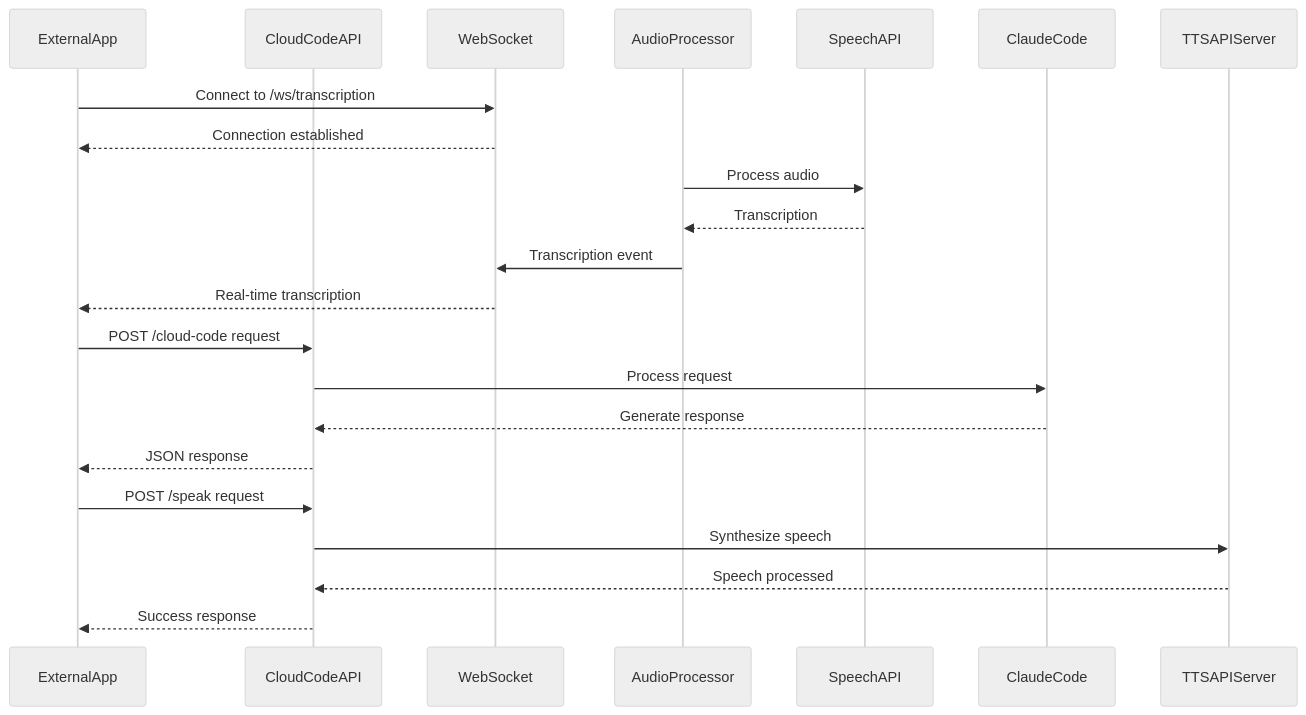
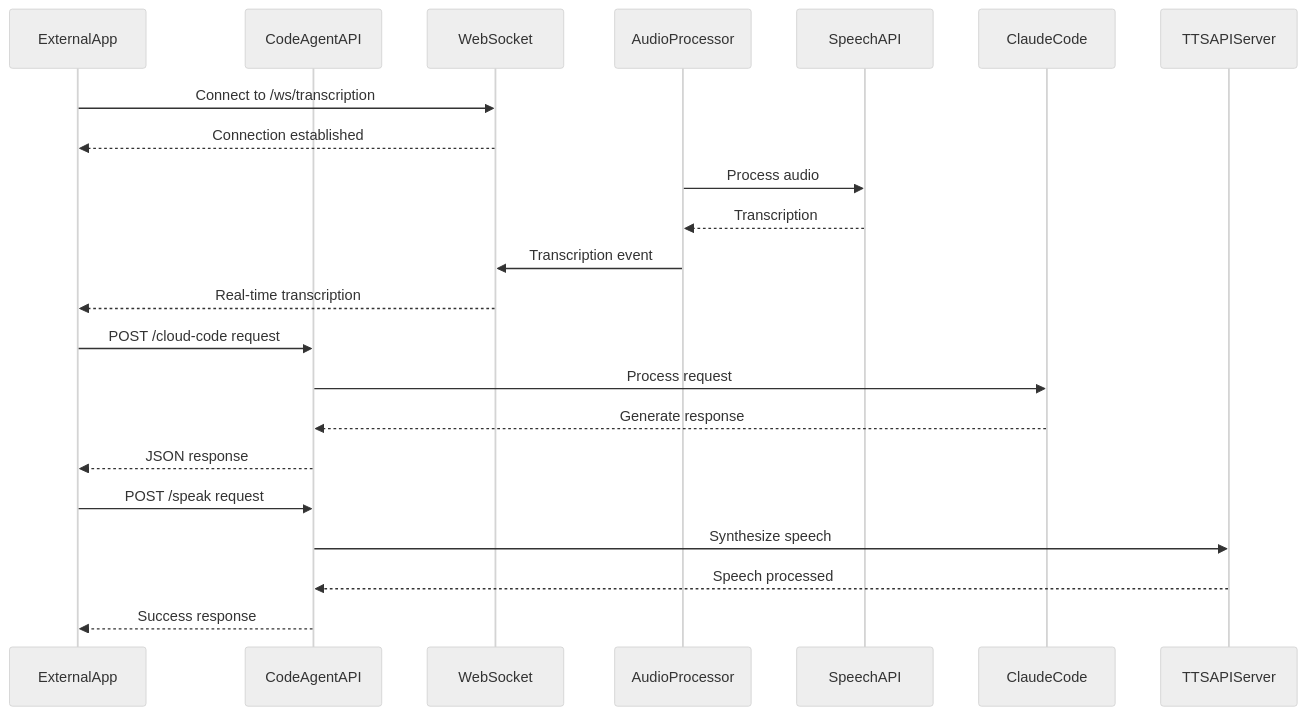
One commit to 0xrin1/whisper-yabai-mac-os-x changed the fifth of 5 diagrams in docs/ARCHITECTURE.md. Above: the diagram before and after it, drawn with Mermaid (neutral theme). The commit also changed other lines of this file and 5 other files, not shown here.

First line of the commit message:
Refactor: Rename cloud_code.py to code_agent.py

````diff
--- a/docs/ARCHITECTURE.md
+++ b/docs/ARCHITECTURE.md
@@ -221,28 +221,28 @@
 ```mermaid
 sequenceDiagram
     participant ExternalApp
-    participant CloudCodeAPI
+    participant CodeAgentAPI
     participant WebSocket
     participant AudioProcessor
     participant SpeechAPI
     participant ClaudeCode
     participant TTSAPIServer
 
     ExternalApp->>WebSocket: Connect to /ws/transcription
     WebSocket-->>ExternalApp: Connection established
 
     AudioProcessor->>SpeechAPI: Process audio
     SpeechAPI-->>AudioProcessor: Transcription
     AudioProcessor->>WebSocket: Transcription event
     WebSocket-->>ExternalApp: Real-time transcription
 
-    ExternalApp->>CloudCodeAPI: POST /cloud-code request
-    CloudCodeAPI->>ClaudeCode: Process request
-    ClaudeCode-->>CloudCodeAPI: Generate response
-    CloudCodeAPI-->>ExternalApp: JSON response
+    ExternalApp->>CodeAgentAPI: POST /cloud-code request
+    CodeAgentAPI->>ClaudeCode: Process request
+    ClaudeCode-->>CodeAgentAPI: Generate response
+    CodeAgentAPI-->>ExternalApp: JSON response
 
-    ExternalApp->>CloudCodeAPI: POST /speak request
-    CloudCodeAPI->>TTSAPIServer: Synthesize speech
-    TTSAPIServer-->>CloudCodeAPI: Speech processed
-    CloudCodeAPI-->>ExternalApp: Success response
+    ExternalApp->>CodeAgentAPI: POST /speak request
+    CodeAgentAPI->>TTSAPIServer: Synthesize speech
+    TTSAPIServer-->>CodeAgentAPI: Speech processed
+    CodeAgentAPI-->>ExternalApp: Success response
 ```
````
